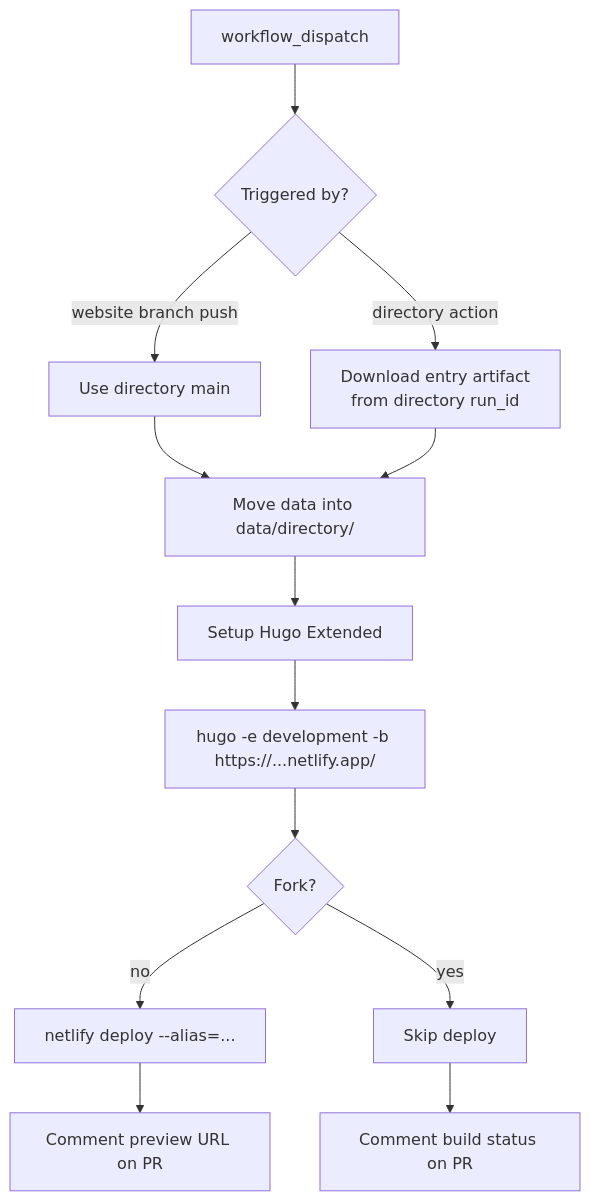
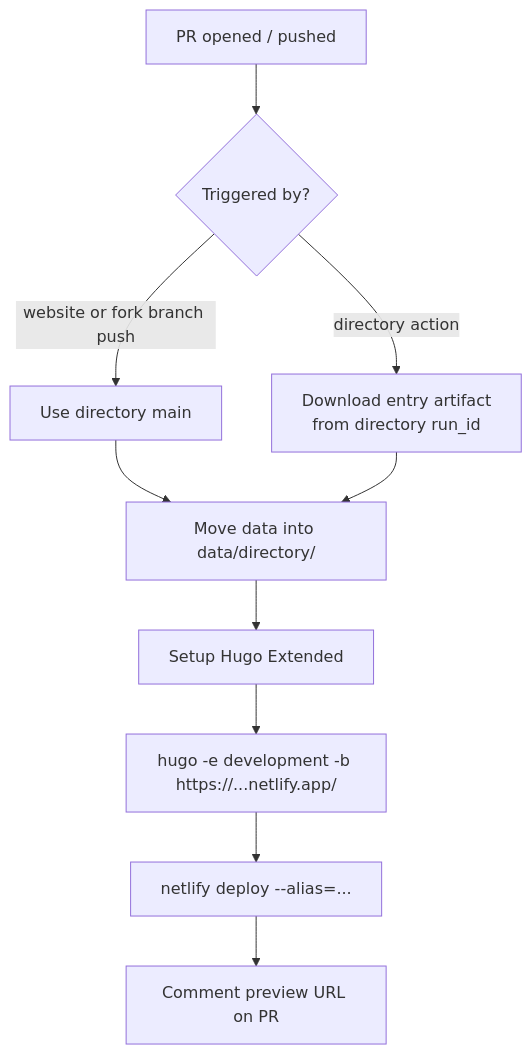
Before and after one commit to rladies/rladiesguide: the second of 3 diagrams in content/website/admin_guide/gha/index.en.md, drawn with Mermaid. The commit also changed other lines of this file and 3 other files, not shown here.

First line of the commit message:
Drop fork-preview gating from website docs

````diff
--- a/content/website/admin_guide/gha/index.en.md
+++ b/content/website/admin_guide/gha/index.en.md
@@ -129,15 +129,12 @@
 ```mermaid
 flowchart TB
-    A[workflow_dispatch] --> B{Triggered by?}
-    B -->|website branch push| C[Use directory main]
+    A[PR opened / pushed] --> B{Triggered by?}
+    B -->|website or fork branch push| C[Use directory main]
     B -->|directory action| D[Download entry artifact<br>from directory run_id]
     C --> E[Move data into data/directory/]
     D --> E
     E --> F[Setup Hugo Extended]
     F --> G[hugo -e development -b https://...netlify.app/]
-    G --> H{Fork?}
-    H -->|no| I[netlify deploy --alias=...]
-    H -->|yes| J[Skip deploy]
-    I --> K[Comment preview URL on PR]
-    J --> L[Comment build status on PR]
+    G --> H[netlify deploy --alias=...]
+    H --> I[Comment preview URL on PR]
 ```
````
